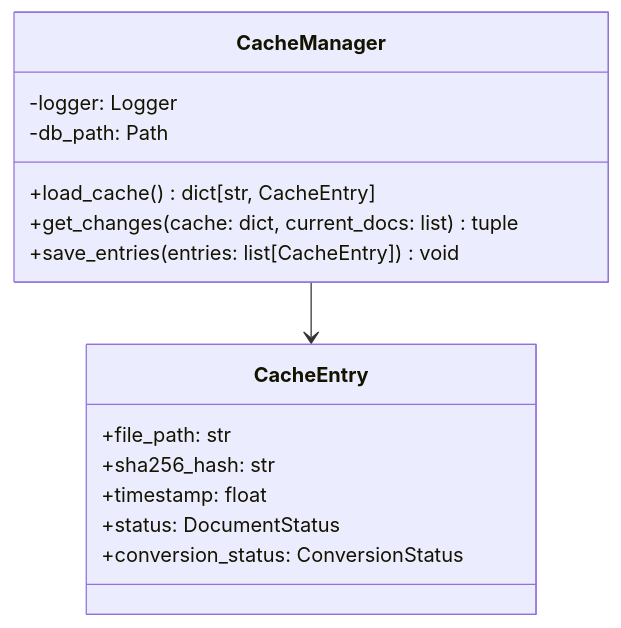
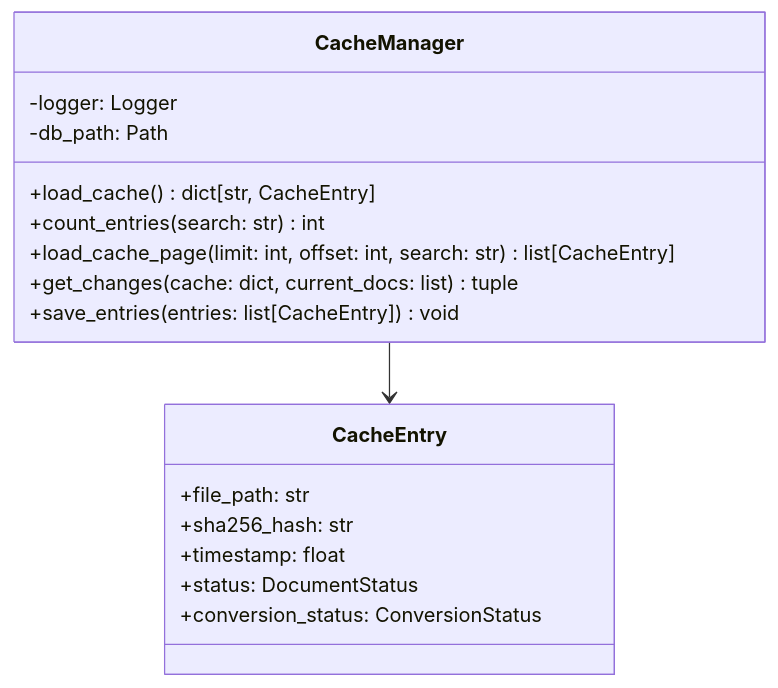
Before and after one commit to fmanza/doc_organize: the diagram in docs/api/cache.md, drawn with Mermaid. The commit also changed other lines of this file and 17 other files, not shown here.

````diff
--- a/docs/api/cache.md
+++ b/docs/api/cache.md
@@ -7,20 +7,22 @@
 ```mermaid
 classDiagram
     class CacheManager {
         -logger: Logger
         -db_path: Path
         +load_cache() dict[str, CacheEntry]
+        +count_entries(search: str) int
+        +load_cache_page(limit: int, offset: int, search: str) list[CacheEntry]
         +get_changes(cache: dict, current_docs: list) tuple
         +save_entries(entries: list[CacheEntry]) void
     }
     
     class CacheEntry {
         +file_path: str
         +sha256_hash: str
         +timestamp: float
         +status: DocumentStatus
         +conversion_status: ConversionStatus
     }
     
     CacheManager --> CacheEntry
 ```
````
